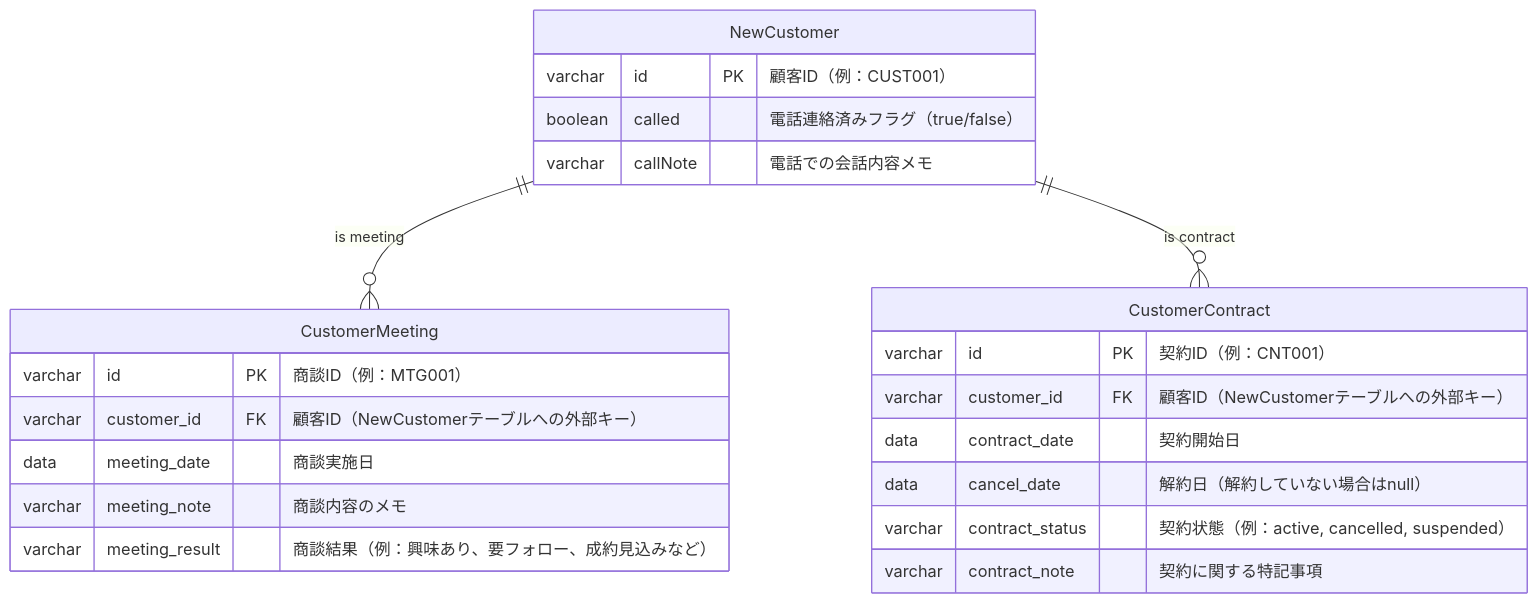
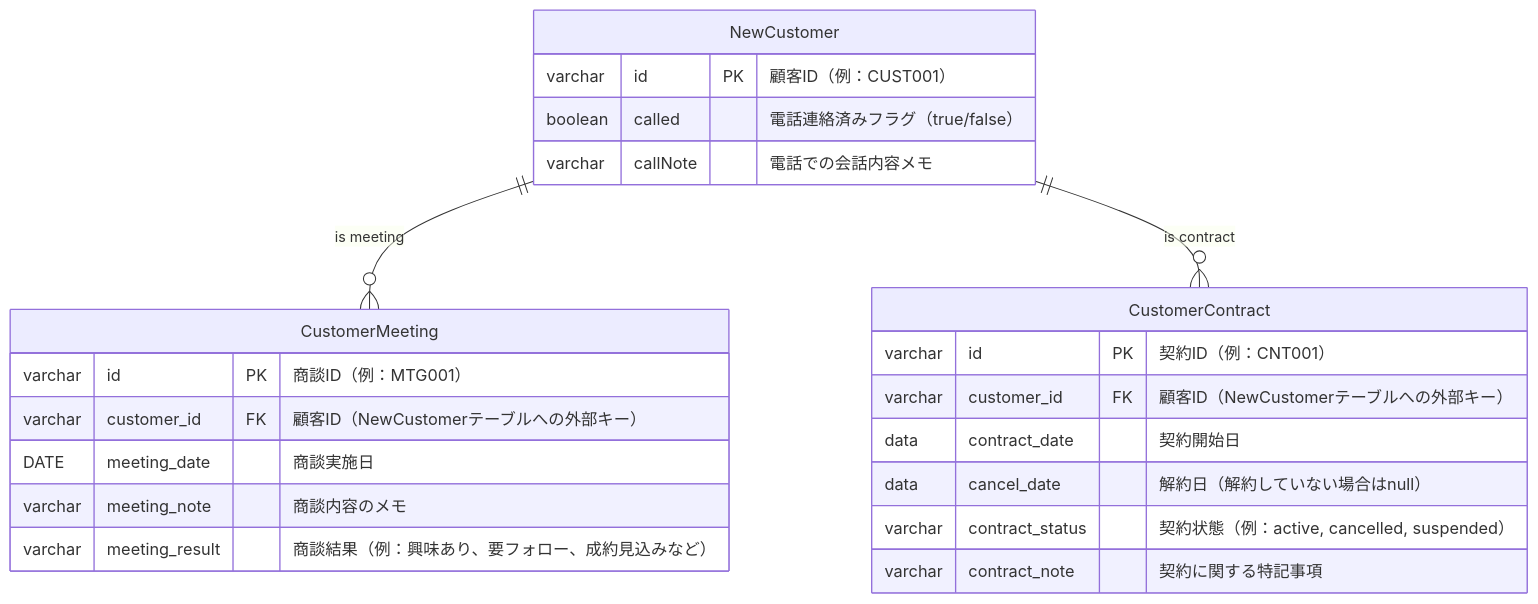
The diagram in Database/06_sql_antipatterns/antipattern-5/課題5-2.md (daiki-tadokoro/praha-challenge), drawn with Mermaid before and after one commit.

````diff
--- a/Database/06_sql_antipatterns/antipattern-5/課題5-2.md
+++ b/Database/06_sql_antipatterns/antipattern-5/課題5-2.md
@@ -16,29 +16,29 @@
 ```mermaid
 erDiagram
   NewCustomer ||--o{ CustomerMeeting : "is meeting"
   NewCustomer ||--o{ CustomerContract : "is contract"
 
   NewCustomer {
     varchar id PK "顧客ID（例：CUST001）"
     boolean called "電話連絡済みフラグ（true/false）"
     varchar callNote "電話での会話内容メモ"
   }
 
   CustomerMeeting {
     varchar id PK "商談ID（例：MTG001）"
     varchar customer_id FK "顧客ID（NewCustomerテーブルへの外部キー）"
-    data meeting_date "商談実施日"
+    DATE meeting_date "商談実施日"
     varchar meeting_note "商談内容のメモ"
     varchar meeting_result "商談結果（例：興味あり、要フォロー、成約見込みなど）"
   }
 
   CustomerContract {
     varchar id PK "契約ID（例：CNT001）"
     varchar customer_id FK "顧客ID（NewCustomerテーブルへの外部キー）"
     data contract_date "契約開始日"
     data cancel_date "解約日（解約していない場合はnull）"
     varchar contract_status "契約状態（例：active, cancelled, suspended）"
     varchar contract_note "契約に関する特記事項"
   }
 
 ```
````
